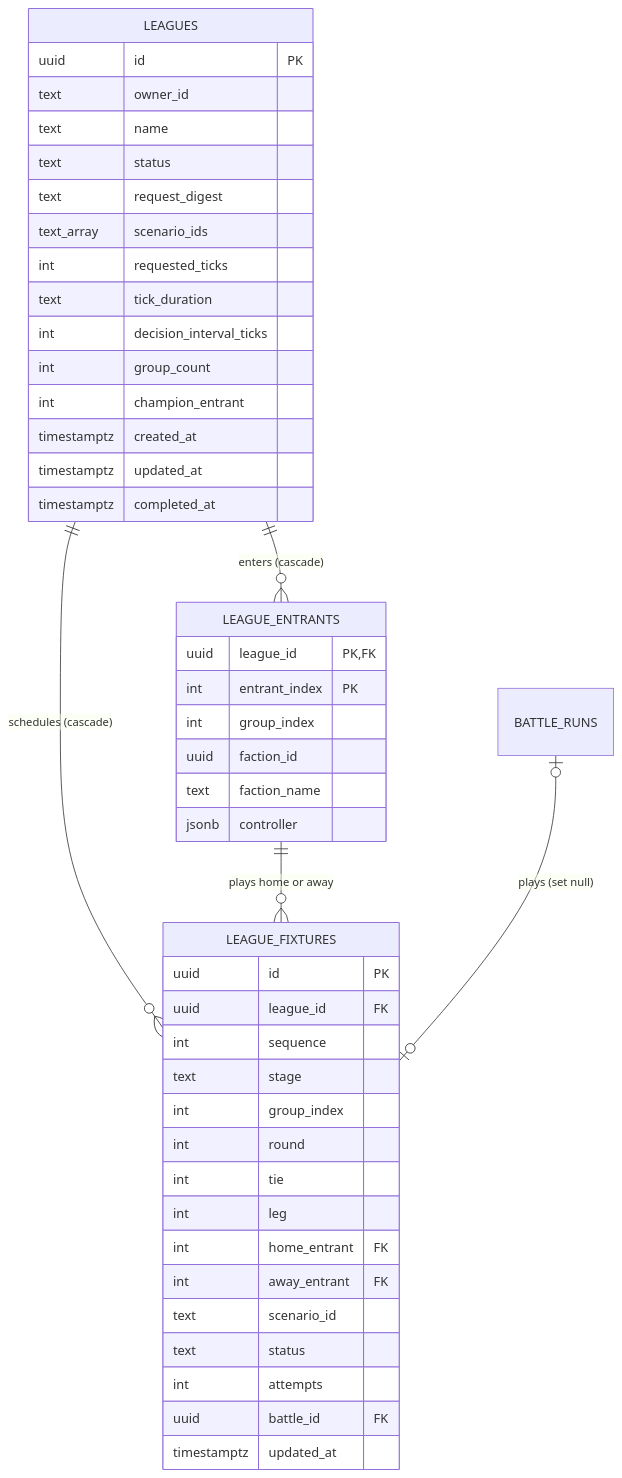
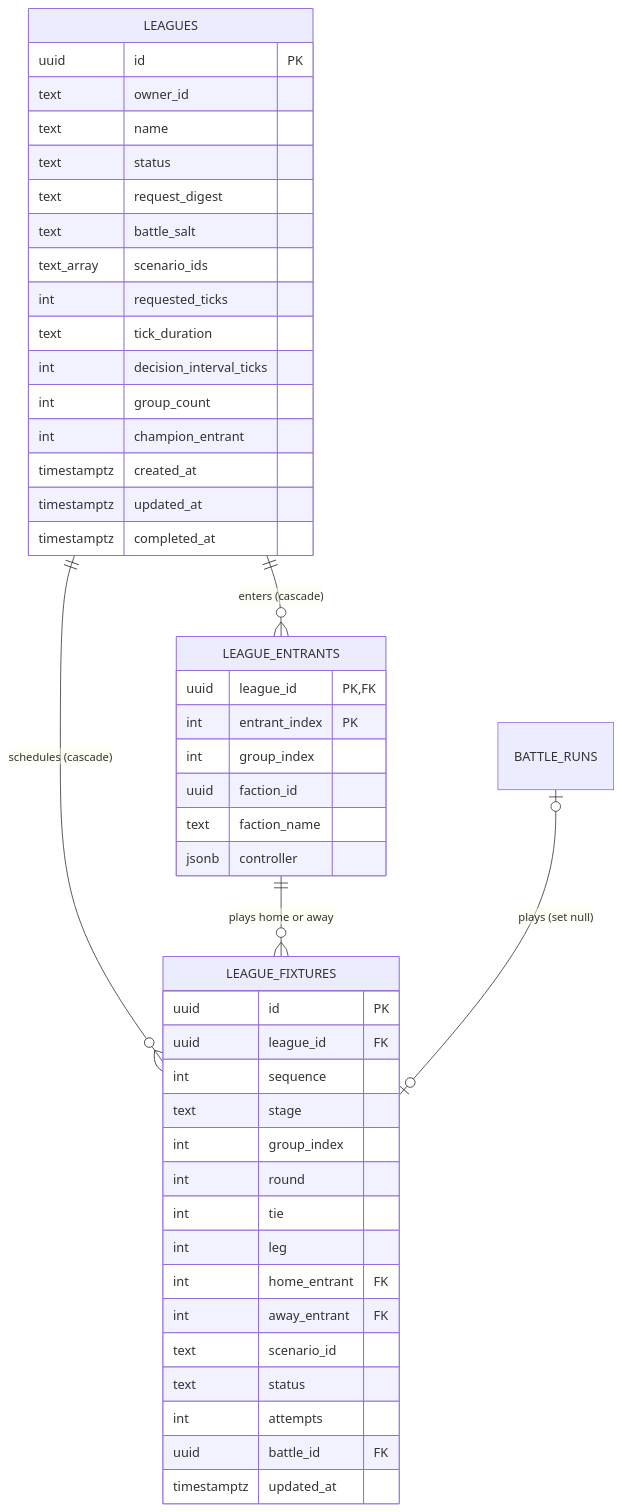
Before and after one commit to twhAuto/autonomous_battlefield: the second of 4 diagrams in docs/architecture/database.md, drawn with Mermaid. The commit also changed other lines of this file and 15 other files, not shown here.

````diff
--- a/docs/architecture/database.md
+++ b/docs/architecture/database.md
@@ -176,48 +176,49 @@
 ```mermaid
 erDiagram
     LEAGUES ||--o{ LEAGUE_ENTRANTS : "enters (cascade)"
     LEAGUES ||--o{ LEAGUE_FIXTURES : "schedules (cascade)"
     LEAGUE_ENTRANTS ||--o{ LEAGUE_FIXTURES : "plays home or away"
     BATTLE_RUNS |o--o| LEAGUE_FIXTURES : "plays (set null)"
     LEAGUES {
         uuid id PK
         text owner_id
         text name
         text status
         text request_digest
+        text battle_salt
         text_array scenario_ids
         int requested_ticks
         text tick_duration
         int decision_interval_ticks
         int group_count
         int champion_entrant
         timestamptz created_at
         timestamptz updated_at
         timestamptz completed_at
     }
     LEAGUE_ENTRANTS {
         uuid league_id PK,FK
         int entrant_index PK
         int group_index
         uuid faction_id
         text faction_name
         jsonb controller
     }
     LEAGUE_FIXTURES {
         uuid id PK
         uuid league_id FK
         int sequence
         text stage
         int group_index
         int round
         int tie
         int leg
         int home_entrant FK
         int away_entrant FK
         text scenario_id
         text status
         int attempts
         uuid battle_id FK
         timestamptz updated_at
     }
 ```
````
